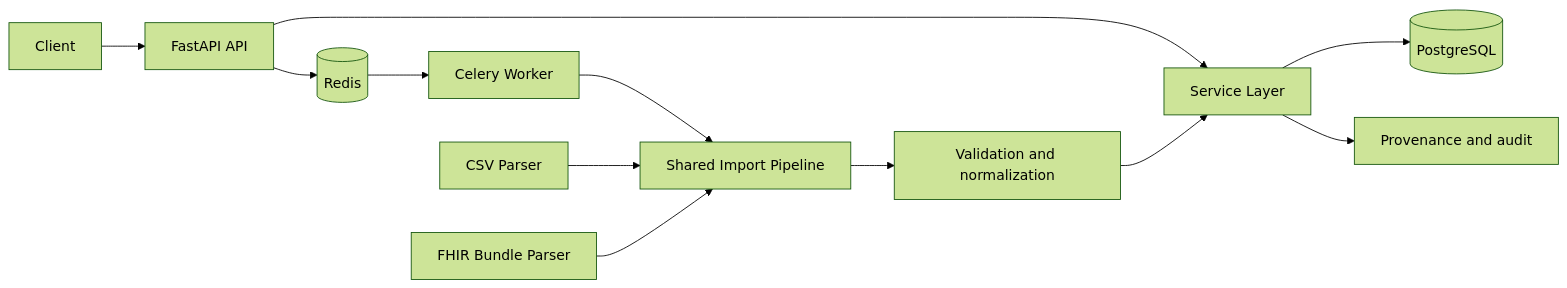
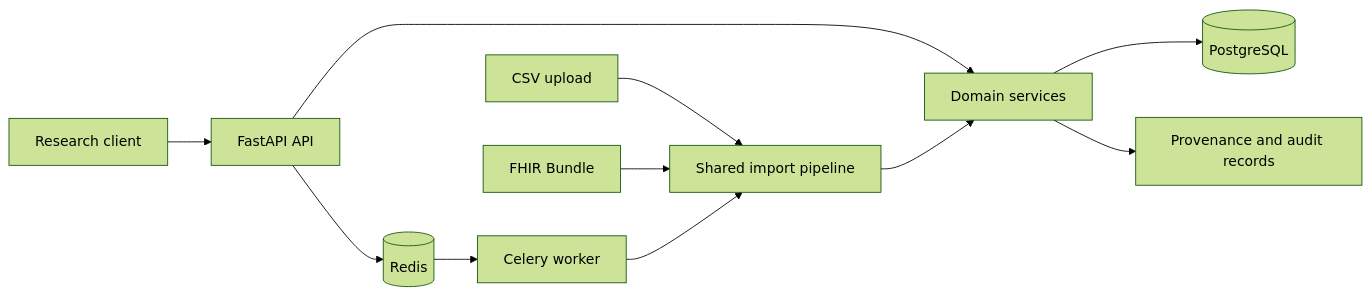
Before and after one commit to JinyanShao/clinical-data-platform: the diagram in README.md, drawn with Mermaid (forest theme). The commit also changed other lines of this file, not shown here.

````diff
--- a/README.md
+++ b/README.md
@@ -27,14 +61,13 @@
 ```mermaid
 flowchart LR
-    Client --> API[FastAPI API]
-    API --> Services[Service Layer]
+    Client[Research client] --> API[FastAPI API]
+    CSV[CSV upload] --> Pipeline[Shared import pipeline]
+    FHIR[FHIR Bundle] --> Pipeline
+    API --> Services[Domain services]
+    API --> Redis[(Redis)]
+    Redis --> Worker[Celery worker]
+    Worker --> Pipeline
+    Pipeline --> Services
     Services --> DB[(PostgreSQL)]
-    API --> Redis[(Redis)]
-    Redis --> Worker[Celery Worker]
-    Worker --> Pipeline[Shared Import Pipeline]
-    CSV[CSV Parser] --> Pipeline
-    FHIR[FHIR Bundle Parser] --> Pipeline
-    Pipeline --> Validation[Validation and normalization]
-    Validation --> Services
-    Services --> Provenance[Provenance and audit]
+    Services --> Audit[Provenance and audit records]
 ```
````
